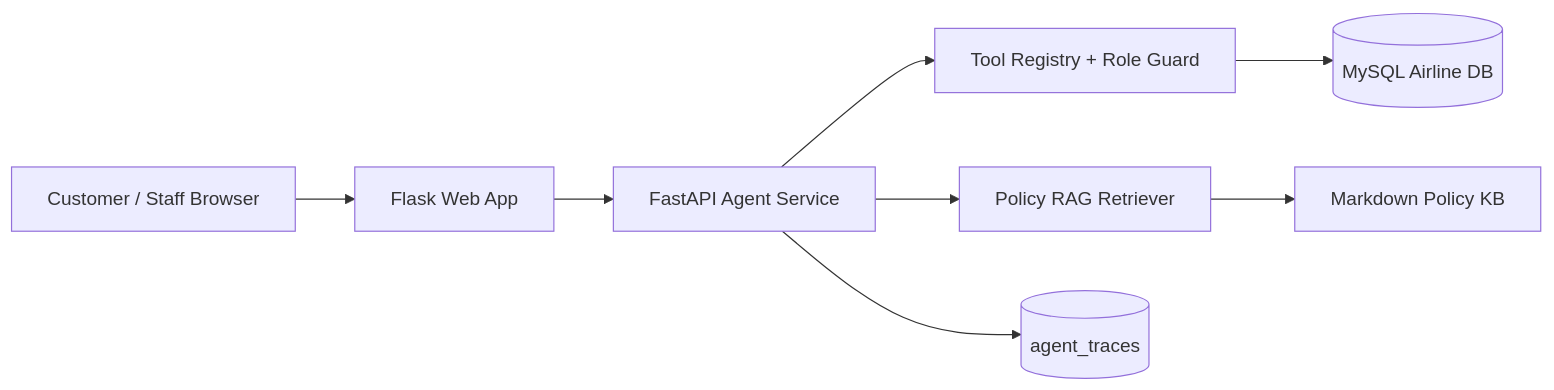
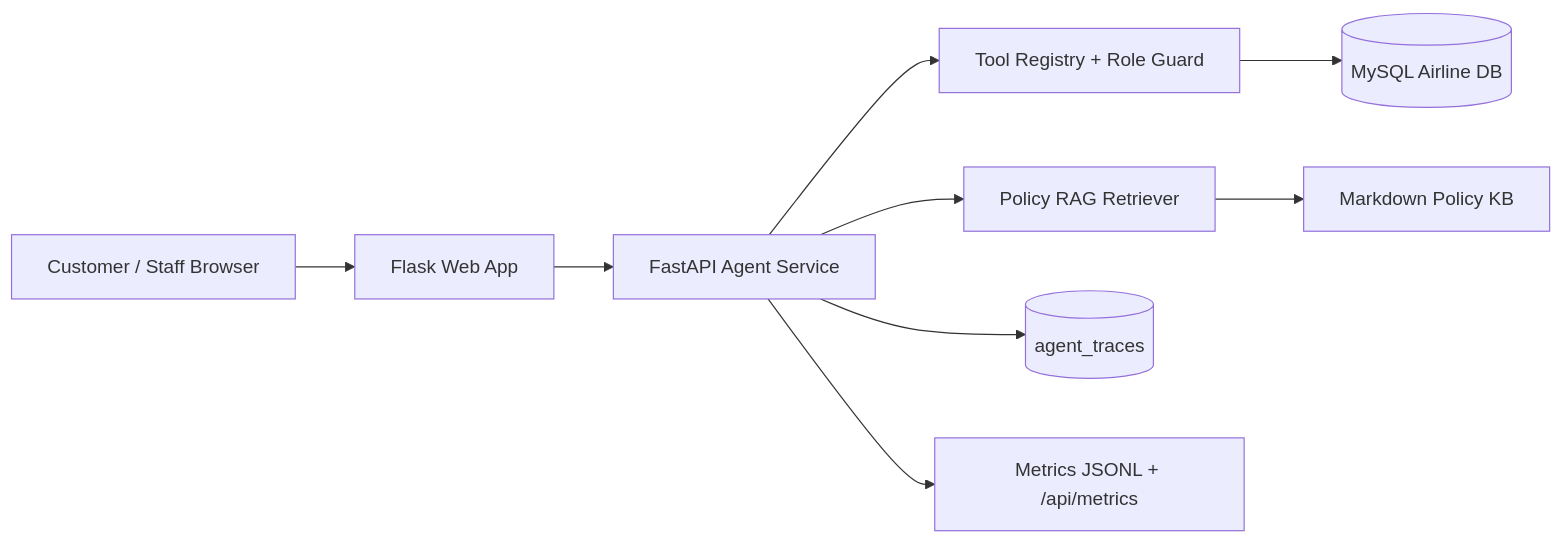
The diagram in README.md (keith1117/airline-agentops-platform), drawn with Mermaid before and after one commit. The commit also changed other lines of this file and 17 other files, not shown here.

````diff
--- a/README.md
+++ b/README.md
@@ -15,10 +21,11 @@
 ```mermaid
 flowchart LR
     Browser[Customer / Staff Browser] --> Flask[Flask Web App]
     Flask --> FastAPI[FastAPI Agent Service]
     FastAPI --> Registry[Tool Registry + Role Guard]
     Registry --> MySQL[(MySQL Airline DB)]
     FastAPI --> RAG[Policy RAG Retriever]
     RAG --> Policy[Markdown Policy KB]
     FastAPI --> Traces[(agent_traces)]
+    FastAPI --> Metrics[Metrics JSONL + /api/metrics]
 ```
````
